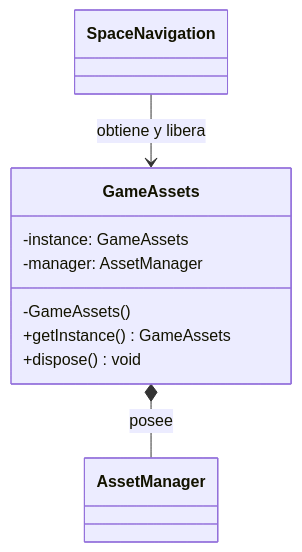
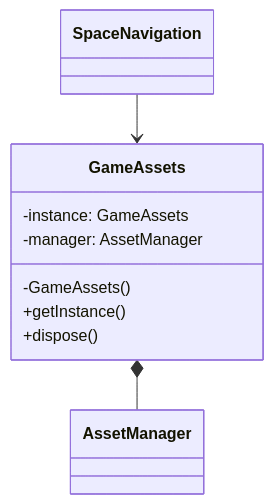
One commit to L3v1smpr/GameProject changed the first of 4 diagrams in REPORTE_PROYECTO.md. Above: the diagram before and after it, drawn with Mermaid. The commit also changed other lines of this file and 1 other file, not shown here.

````diff
--- a/REPORTE_PROYECTO.md
+++ b/REPORTE_PROYECTO.md
@@ -126,14 +65,14 @@
 ```mermaid
 classDiagram
     class SpaceNavigation
     class GameAssets {
         -instance: GameAssets
         -manager: AssetManager
         -GameAssets()
-        +getInstance() GameAssets
-        +dispose() void
+        +getInstance()
+        +dispose()
     }
     class AssetManager
-    SpaceNavigation --> GameAssets : obtiene y libera
-    GameAssets *-- AssetManager : posee
+    SpaceNavigation --> GameAssets
+    GameAssets *-- AssetManager
 ```
````
